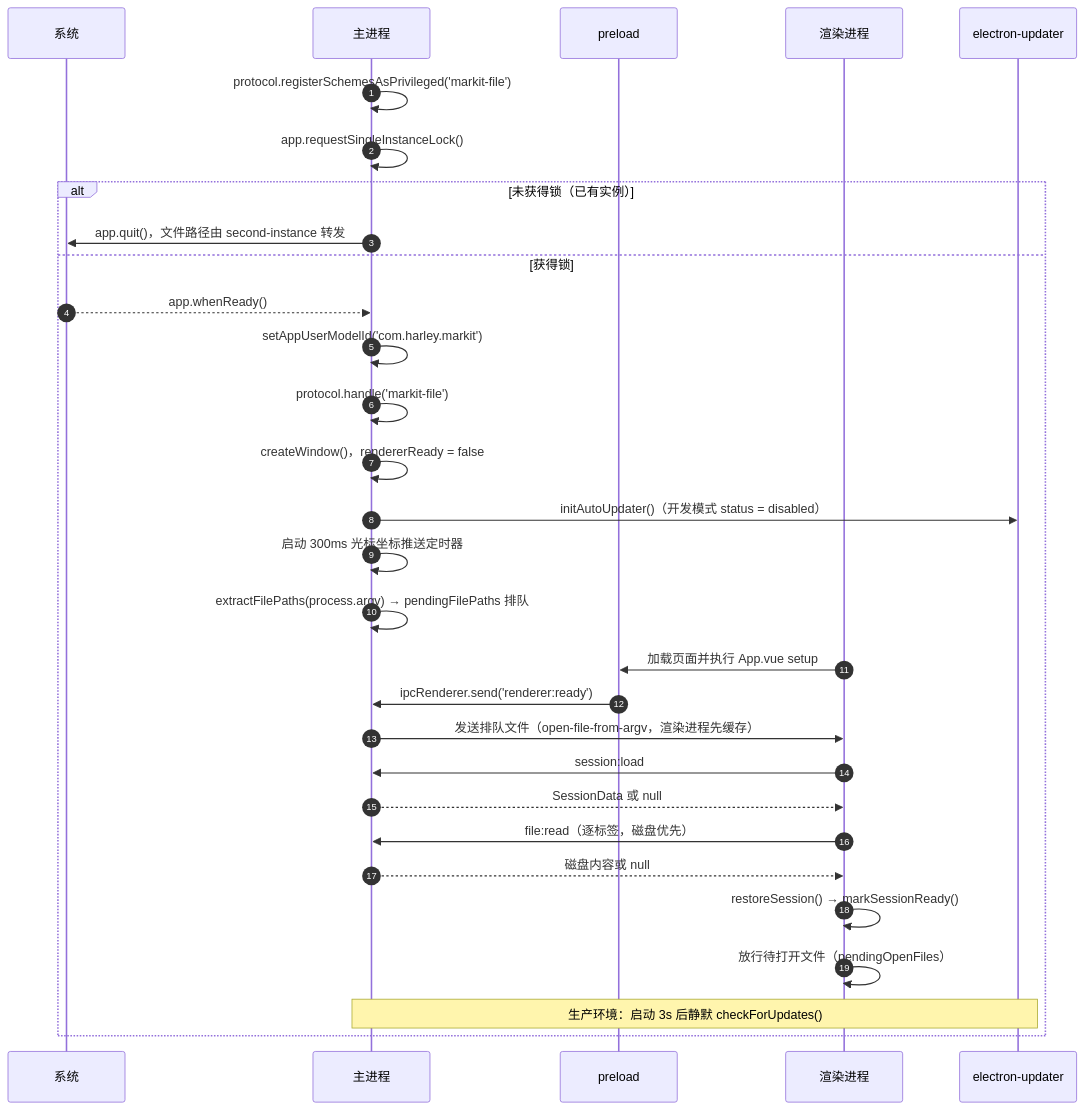
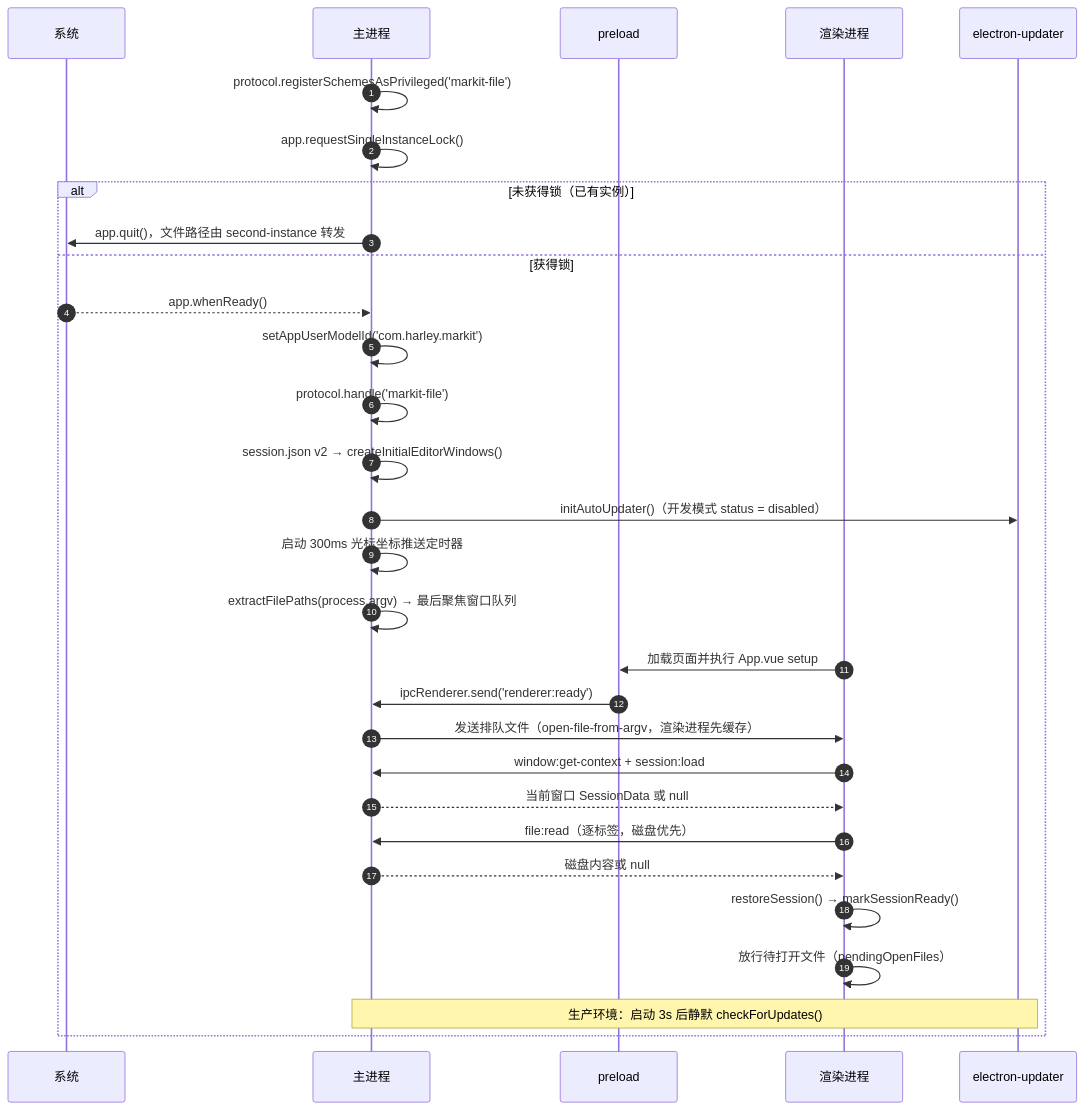
One commit to Harley-xk/mark-it changed the second of 5 diagrams in docs/架构总览.md. Above: the diagram before and after it, drawn with Mermaid. The commit also changed other lines of this file and 47 other files, not shown here.

````diff
--- a/docs/架构总览.md
+++ b/docs/架构总览.md
@@ -317,33 +317,33 @@
 ```mermaid
 sequenceDiagram
   autonumber
   participant OS as 系统
   participant Main as 主进程
   participant Preload as preload
   participant Renderer as 渲染进程
   participant Updater as electron-updater
 
   Main->>Main: protocol.registerSchemesAsPrivileged('markit-file')
   Main->>Main: app.requestSingleInstanceLock()
   alt 未获得锁（已有实例）
     Main->>OS: app.quit()，文件路径由 second-instance 转发
   else 获得锁
     OS-->>Main: app.whenReady()
     Main->>Main: setAppUserModelId('com.harley.markit')
     Main->>Main: protocol.handle('markit-file')
-    Main->>Main: createWindow()，rendererReady = false
+    Main->>Main: session.json v2 → createInitialEditorWindows()
     Main->>Updater: initAutoUpdater()（开发模式 status = disabled）
     Main->>Main: 启动 300ms 光标坐标推送定时器
-    Main->>Main: extractFilePaths(process.argv) → pendingFilePaths 排队
+    Main->>Main: extractFilePaths(process.argv) → 最后聚焦窗口队列
     Renderer->>Preload: 加载页面并执行 App.vue setup
     Preload->>Main: ipcRenderer.send('renderer:ready')
     Main->>Renderer: 发送排队文件（open-file-from-argv，渲染进程先缓存）
-    Renderer->>Main: session:load
-    Main-->>Renderer: SessionData 或 null
+    Renderer->>Main: window:get-context + session:load
+    Main-->>Renderer: 当前窗口 SessionData 或 null
     Renderer->>Main: file:read（逐标签，磁盘优先）
     Main-->>Renderer: 磁盘内容或 null
     Renderer->>Renderer: restoreSession() → markSessionReady()
     Renderer->>Renderer: 放行待打开文件（pendingOpenFiles）
     Note over Main,Updater: 生产环境：启动 3s 后静默 checkForUpdates()
   end
 ```
````
